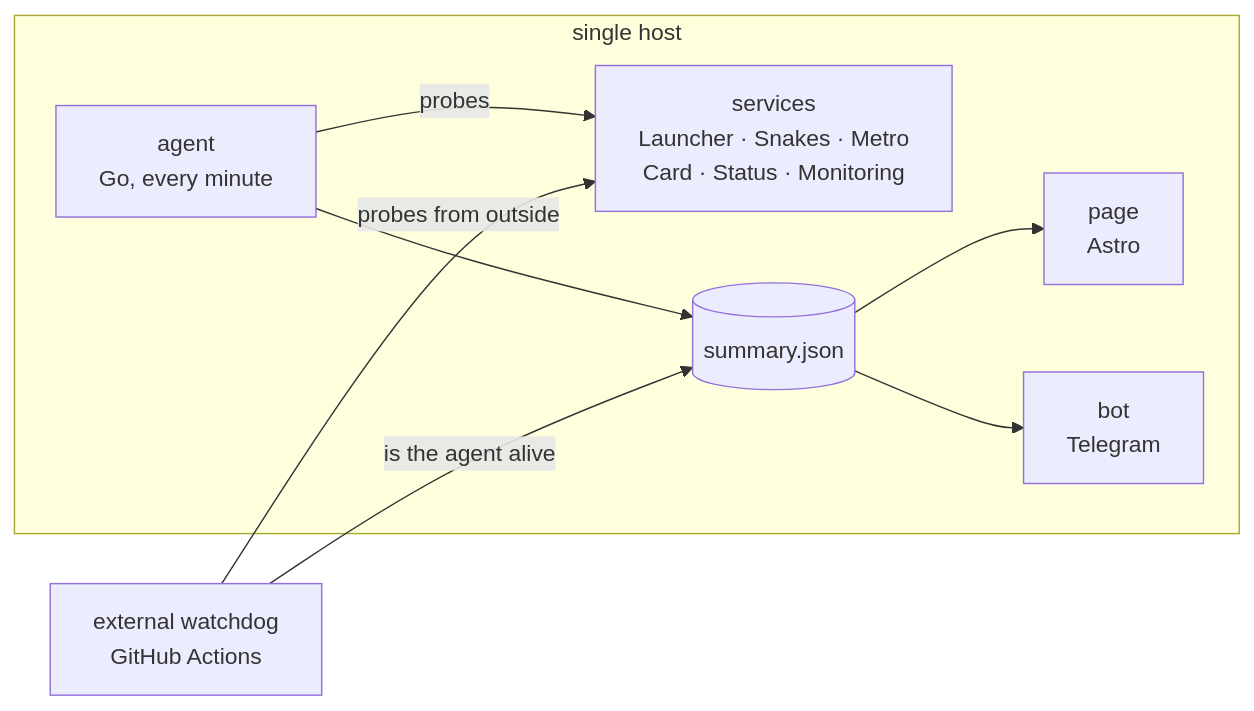
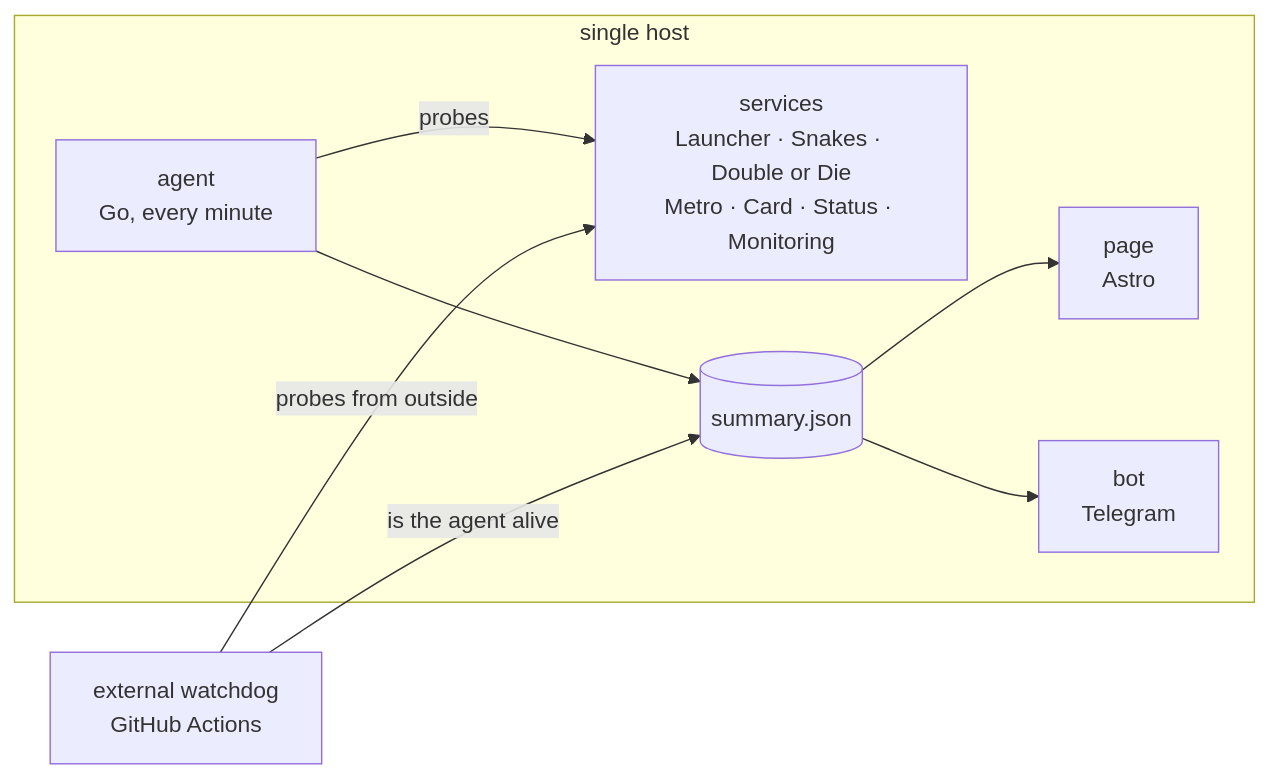
Before and after one commit to tr0llex/Samoy.love-Status: the diagram in README.en.md, drawn with Mermaid. The commit also changed other lines of this file and 2 other files, not shown here.

Commit message:
Пересчитать проекты и проверки в документации после приезда Double or Die
Новый проект приехал в config/status.json, не тронув ни README, ни таблицу в
docs/CONFIG.md: в текстах осталось «11 проверок на пять проектов», а в списке
второстепенных — две из пяти. Числа в документации проверяются только глазами,
поэтому расходятся молча и накапливаются.

Заодно на схеме появился сам Double or Die: подпись перечисляет сервисы
поимённо, и отсутствующий в ней проект читается как «за ним не следят».

````diff
--- a/README.en.md
+++ b/README.en.md
@@ -25,17 +25,17 @@
 ```mermaid
 flowchart LR
     subgraph host["single host"]
-        svc["services<br/>Launcher · Snakes · Metro<br/>Card · Status · Monitoring"]
+        svc["services<br/>Launcher · Snakes · Double or Die<br/>Metro · Card · Status · Monitoring"]
         agent["agent<br/>Go, every minute"]
         json[("summary.json")]
         page["page<br/>Astro"]
         bot["bot<br/>Telegram"]
         agent -->|probes| svc
         agent --> json
         json --> page
         json --> bot
     end
     watch["external watchdog<br/>GitHub Actions"]
     watch -->|probes from outside| svc
     watch -->|is the agent alive| json
 ```
````
